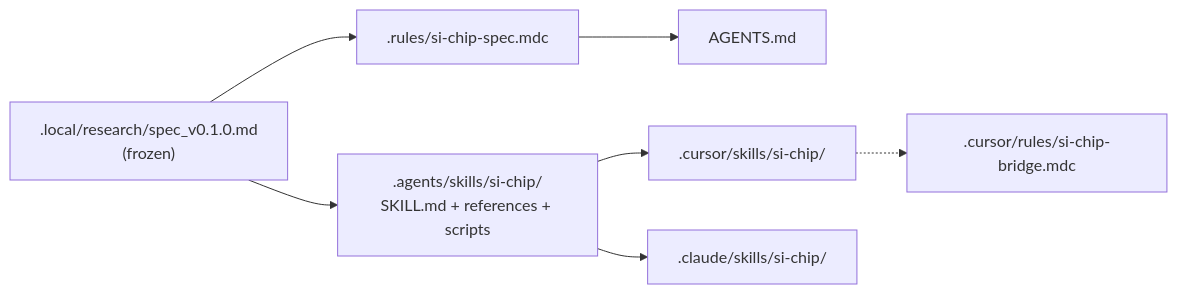
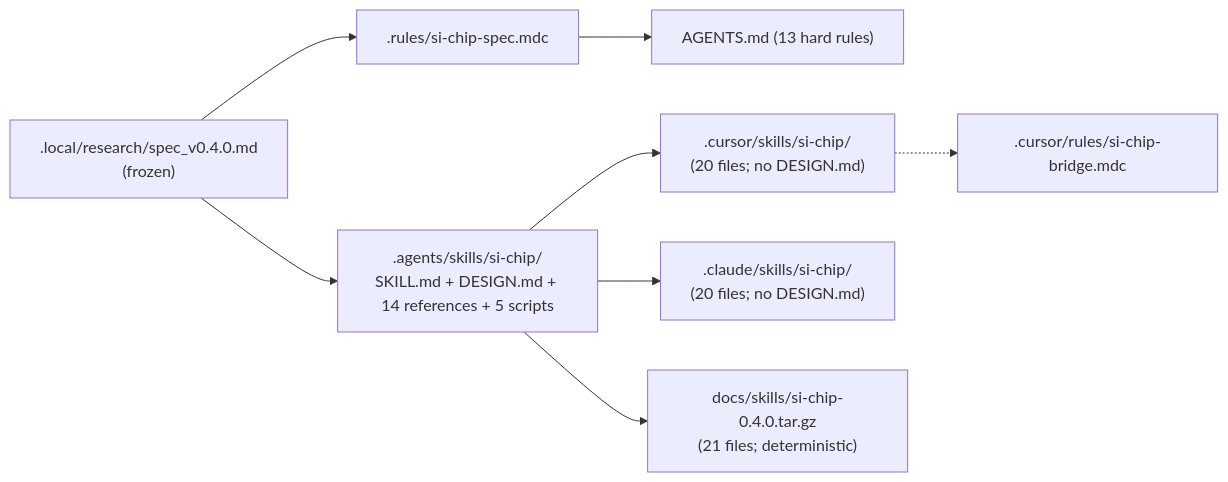
Before and after one commit to YoRHa-Agents/Si-Chip: the first of 5 diagrams in docs/architecture.md, drawn with Mermaid. The commit also changed other lines of this file and 13 other files, not shown here.

````diff
--- a/docs/architecture.md
+++ b/docs/architecture.md
@@ -35,15 +35,17 @@
 ```mermaid
 flowchart LR
-    spec[".local/research/spec_v0.1.0.md<br/>(frozen)"]
+    spec[".local/research/spec_v0.4.0.md<br/>(frozen)"]
     rules[".rules/si-chip-spec.mdc"]
-    agentsmd["AGENTS.md"]
-    skill[".agents/skills/si-chip/<br/>SKILL.md + references + scripts"]
-    cursor[".cursor/skills/si-chip/"]
-    claude[".claude/skills/si-chip/"]
+    agentsmd["AGENTS.md (13 hard rules)"]
+    skill[".agents/skills/si-chip/<br/>SKILL.md + DESIGN.md + 14 references + 5 scripts"]
+    cursor[".cursor/skills/si-chip/<br/>(20 files; no DESIGN.md)"]
+    claude[".claude/skills/si-chip/<br/>(20 files; no DESIGN.md)"]
     bridge[".cursor/rules/si-chip-bridge.mdc"]
+    tarball["docs/skills/si-chip-0.4.0.tar.gz<br/>(21 files; deterministic)"]
     spec --> rules --> agentsmd
     spec --> skill
     skill --> cursor
     skill --> claude
+    skill --> tarball
     cursor -.-> bridge
 ```
````
